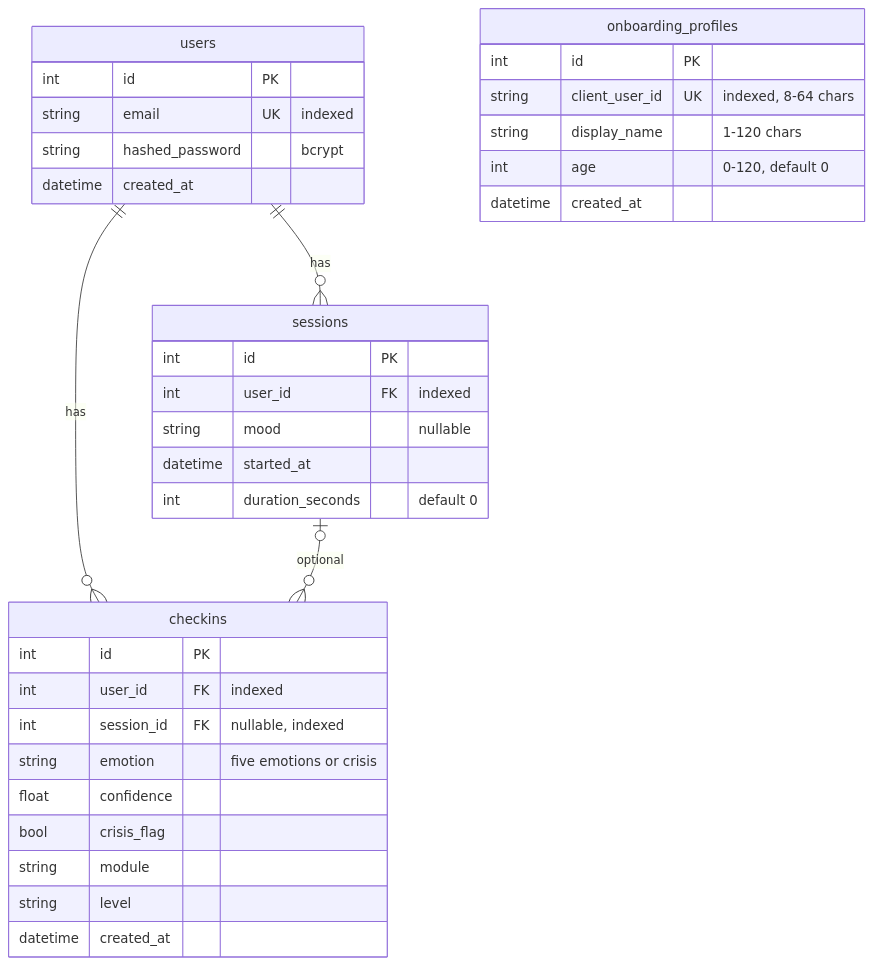
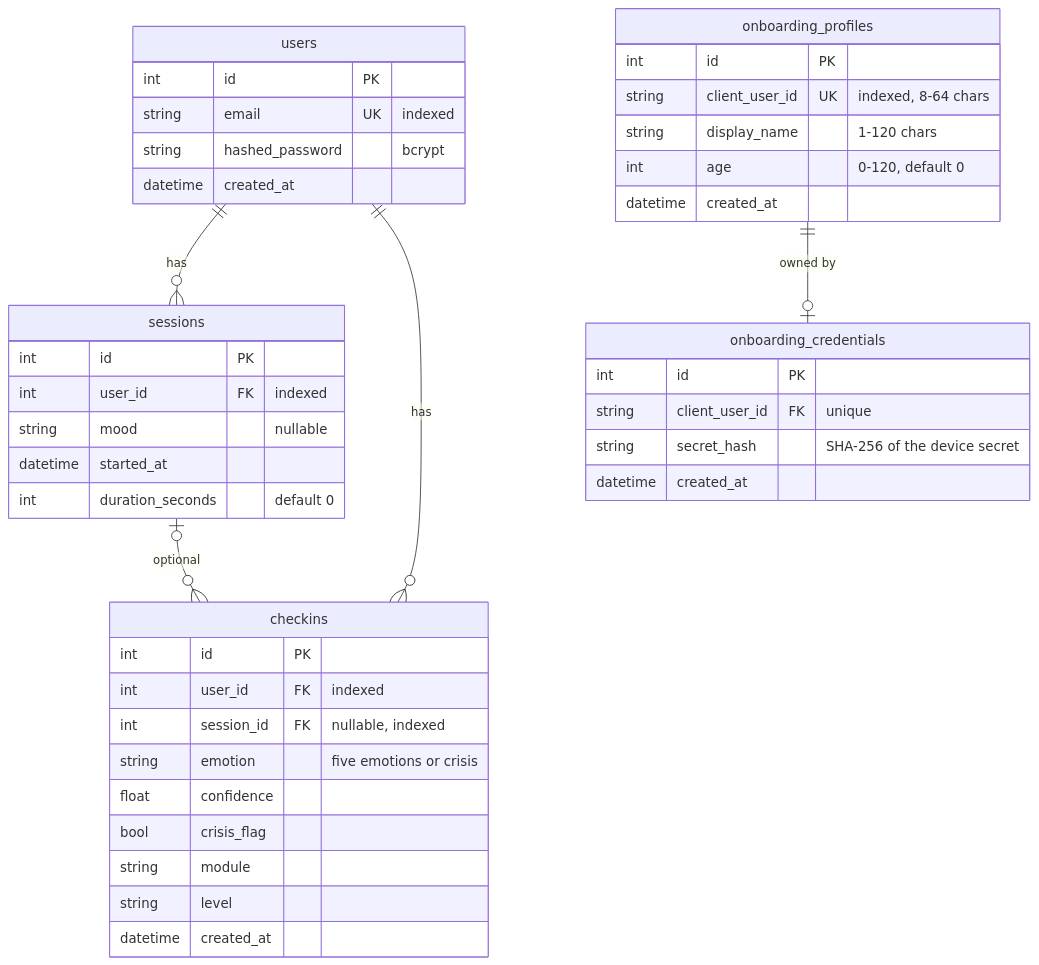
The diagram in Docs/DatabaseSchema.md (psychicDree/CortexAI), drawn with Mermaid before and after one commit. The commit also changed other lines of this file and 4 other files, not shown here.

````diff
--- a/Docs/DatabaseSchema.md
+++ b/Docs/DatabaseSchema.md
@@ -9,37 +9,44 @@
 ```mermaid
 erDiagram
   users ||--o{ sessions : "has"
   users ||--o{ checkins : "has"
+  onboarding_profiles ||--o| onboarding_credentials : "owned by"
   sessions |o--o{ checkins : "optional"
   users {
     int id PK
     string email UK "indexed"
     string hashed_password "bcrypt"
     datetime created_at
   }
   sessions {
     int id PK
     int user_id FK "indexed"
     string mood "nullable"
     datetime started_at
     int duration_seconds "default 0"
   }
   checkins {
     int id PK
     int user_id FK "indexed"
     int session_id FK "nullable, indexed"
     string emotion "five emotions or crisis"
     float confidence
     bool crisis_flag
     string module
     string level
     datetime created_at
   }
   onboarding_profiles {
     int id PK
     string client_user_id UK "indexed, 8-64 chars"
     string display_name "1-120 chars"
     int age "0-120, default 0"
     datetime created_at
   }
+  onboarding_credentials {
+    int id PK
+    string client_user_id FK "unique"
+    string secret_hash "SHA-256 of the device secret"
+    datetime created_at
+  }
 ```
````
